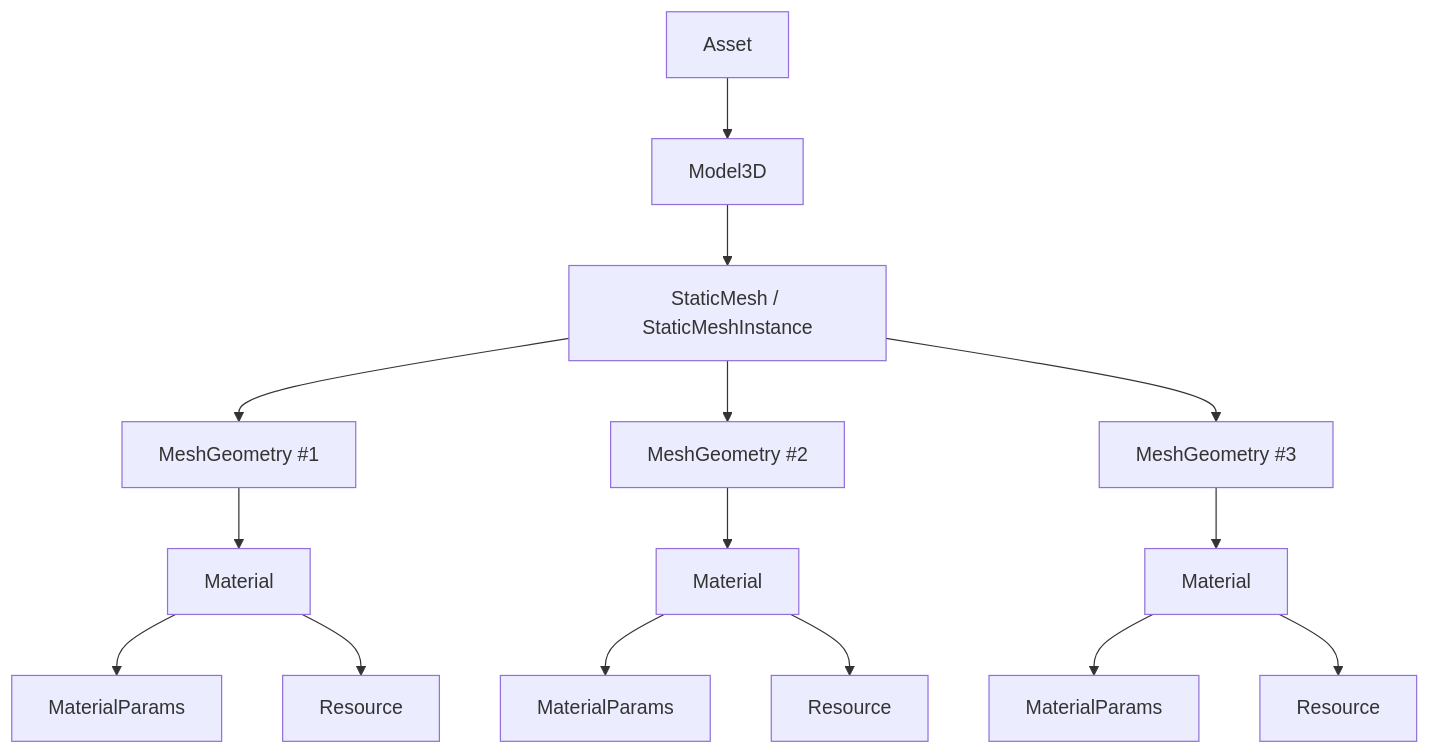
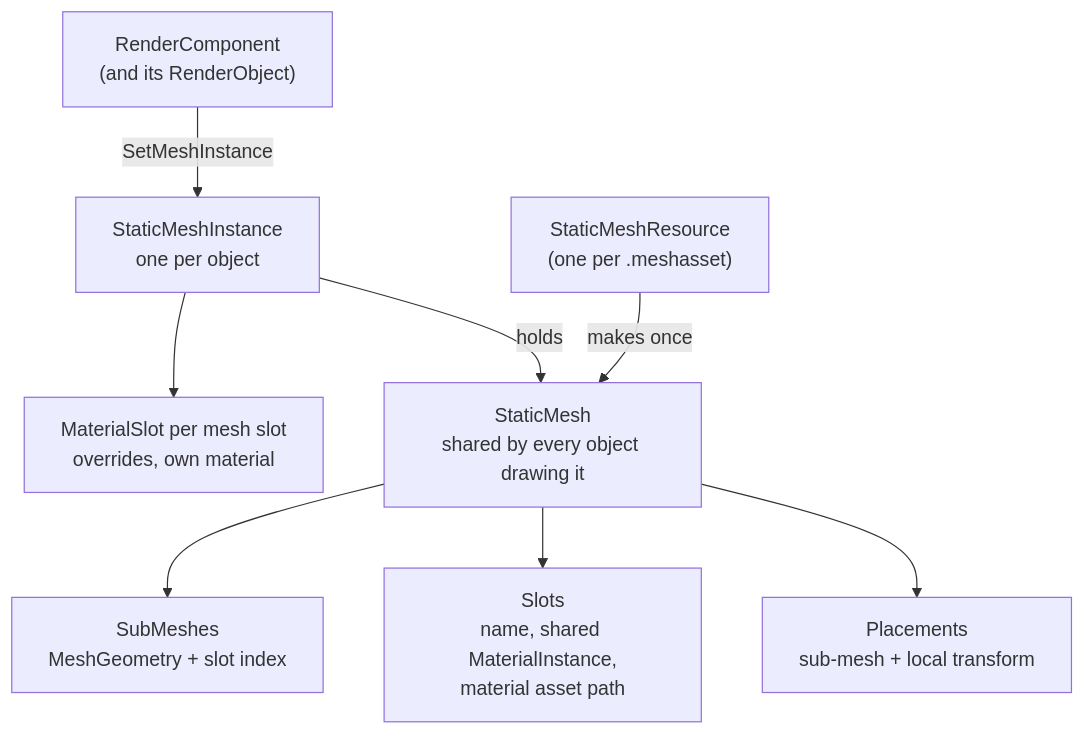
One commit to b1nary0/RZE changed the first of 4 diagrams in Docs/Generated/Engine/04-Rendering/Materials-Meshes-Shaders.md. Above: the diagram before and after it, drawn with Mermaid. The commit also changed other lines of this file and 9 other files, not shown here.

First line of the commit message:
Document shared meshes, material overrides and the new property system

````diff
--- a/Docs/Generated/Engine/04-Rendering/Materials-Meshes-Shaders.md
+++ b/Docs/Generated/Engine/04-Rendering/Materials-Meshes-Shaders.md
@@ -7,18 +9,11 @@
 ```mermaid
 %%{init: {'flowchart': {'subGraphTitleMargin': {'top': 6, 'bottom': 10}}, 'themeCSS': '.labelBkg, .edgeLabel { background-color: var(--background-primary) !important; } .messageText, .labelText, .loopText { paint-order: stroke; stroke: var(--background-primary); stroke-width: 5px; stroke-linejoin: round; }'}}%%
 flowchart TD
-    Asset[Asset] --> Model3D[Model3D]
-    Model3D --> StaticMesh[StaticMesh / StaticMeshInstance]
-    StaticMesh --> MG1[MeshGeometry #1]
-    StaticMesh --> MG2[MeshGeometry #2]
-    StaticMesh --> MG3[MeshGeometry #3]
-    MG1 --> Mat1[Material]
-    MG2 --> Mat2[Material]
-    MG3 --> Mat3[Material]
-    Mat1 --> MP1[MaterialParams]
-    Mat1 --> Tex1["Resource<Texture2D>"]
-    Mat2 --> MP2[MaterialParams]
-    Mat2 --> Tex2["Resource<Texture2D>"]
-    Mat3 --> MP3[MaterialParams]
-    Mat3 --> Tex3["Resource<Texture2D>"]
+    Component["RenderComponent<br/>(and its RenderObject)"] -->|SetMeshInstance| Instance["StaticMeshInstance<br/>one per object"]
+    Instance --> MaterialSlots["MaterialSlot per mesh slot<br/>overrides, own material"]
+    Instance -->|holds| Mesh["StaticMesh<br/>shared by every object drawing it"]
+    Resource["StaticMeshResource<br/>(one per .meshasset)"] -->|makes once| Mesh
+    Mesh --> SubMeshes["SubMeshes<br/>MeshGeometry + slot index"]
+    Mesh --> Slots["Slots<br/>name, shared MaterialInstance,<br/>material asset path"]
+    Mesh --> Placements["Placements<br/>sub-mesh + local transform"]
 ```
````
